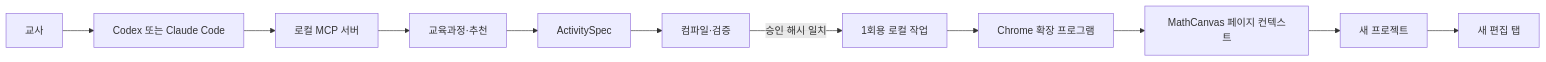
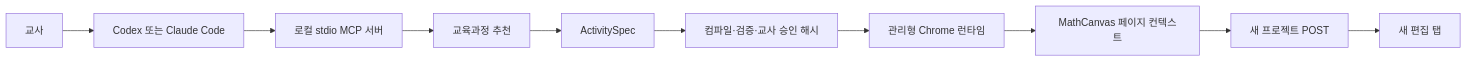
The diagram in docs/ARCHITECTURE.md (kakio426/mathcanvas-ai-authoring), drawn with Mermaid before and after one commit. The commit also changed other lines of this file and 72 other files, not shown here.

Commit message:
Replace extension bridge with managed Chrome MCP

````diff
--- a/docs/ARCHITECTURE.md
+++ b/docs/ARCHITECTURE.md
@@ -7,13 +7,12 @@
 ```mermaid
 flowchart LR
   T["교사"] --> A["Codex 또는 Claude Code"]
-  A --> M["로컬 MCP 서버"]
-  M --> C["교육과정·추천"]
-  C --> S["ActivitySpec"]
-  S --> V["컴파일·검증"]
-  V -->|승인 해시 일치| Q["1회용 로컬 작업"]
-  Q --> E["Chrome 확장 프로그램"]
-  E --> P["MathCanvas 페이지 컨텍스트"]
-  P --> N["새 프로젝트"]
+  A --> M["로컬 stdio MCP 서버"]
+  M --> R["교육과정 추천"]
+  R --> S["ActivitySpec"]
+  S --> V["컴파일·검증·교사 승인 해시"]
+  V --> B["관리형 Chrome 런타임"]
+  B --> P["MathCanvas 페이지 컨텍스트"]
+  P --> N["새 프로젝트 POST"]
   N --> W["새 편집 탭"]
 ```
````
